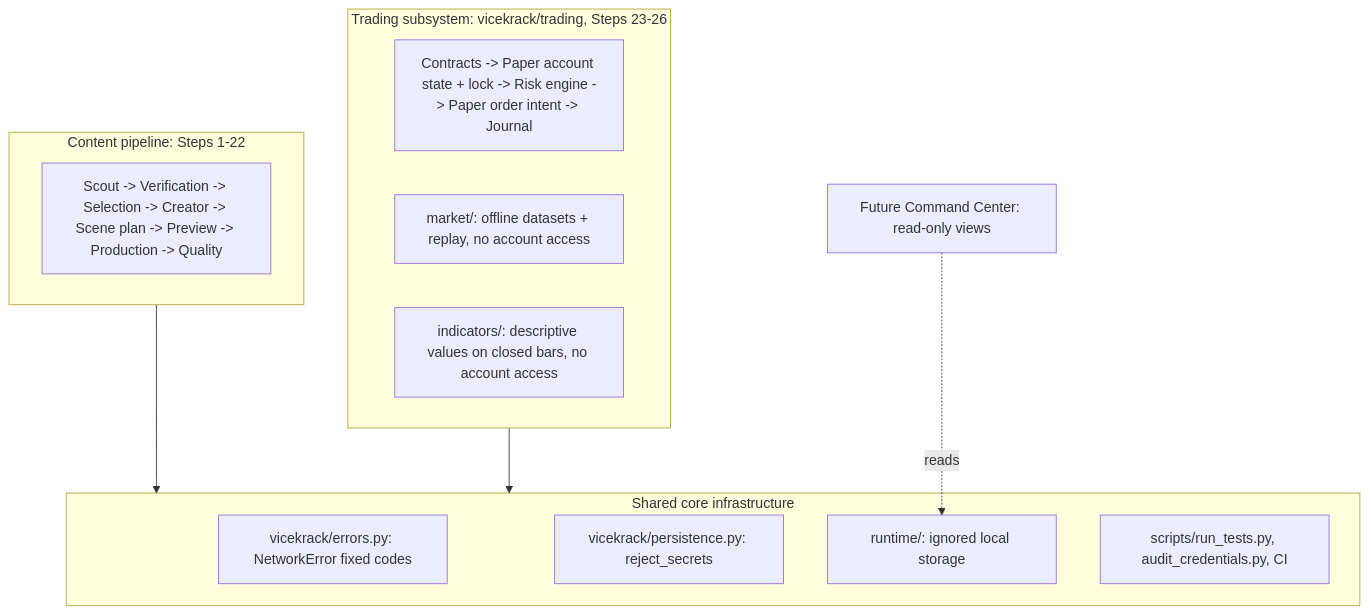
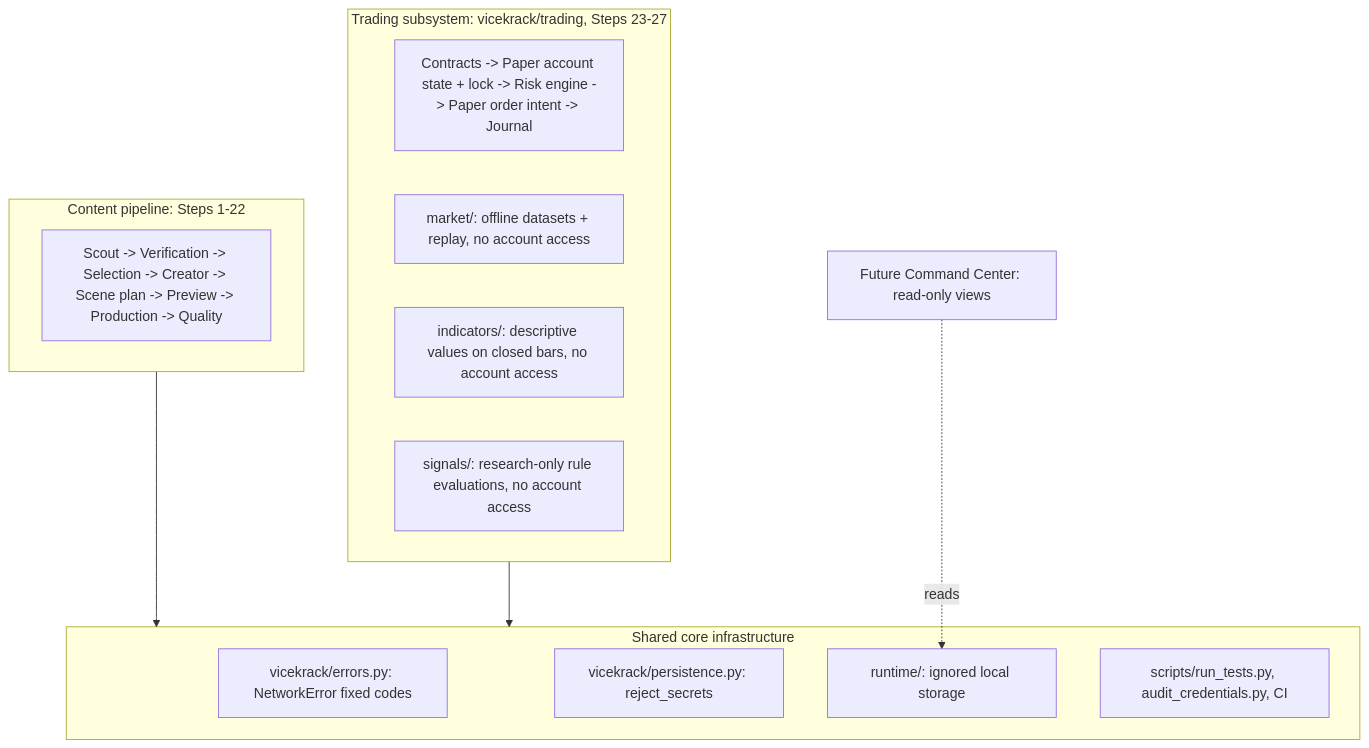
The diagram in docs/subsystems.md (richburtonjr-pixel/-Vicekrack-agent-network), drawn with Mermaid before and after one commit. The commit also changed other lines of this file and 18 other files, not shown here.

First line of the commit message:
Step 27: rule-based research signals on closed bars and indicators

````diff
--- a/docs/subsystems.md
+++ b/docs/subsystems.md
@@ -6,21 +6,22 @@
 ```mermaid
 flowchart TB
     subgraph Core[Shared core infrastructure]
         E[vicekrack/errors.py: NetworkError fixed codes]
         P[vicekrack/persistence.py: reject_secrets]
         R[runtime/: ignored local storage]
         CI[scripts/run_tests.py, audit_credentials.py, CI]
     end
     subgraph Content[Content pipeline: Steps 1-22]
         C1[Scout -> Verification -> Selection -> Creator -> Scene plan -> Preview -> Production -> Quality]
     end
-    subgraph Trading[Trading subsystem: vicekrack/trading, Steps 23-26]
+    subgraph Trading[Trading subsystem: vicekrack/trading, Steps 23-27]
         T1[Contracts -> Paper account state + lock -> Risk engine -> Paper order intent -> Journal]
         T2[market/: offline datasets + replay, no account access]
         T3[indicators/: descriptive values on closed bars, no account access]
+        T4[signals/: research-only rule evaluations, no account access]
     end
     CC[Future Command Center: read-only views]
     Content --> Core
     Trading --> Core
     CC -. reads .-> R
 ```
````
